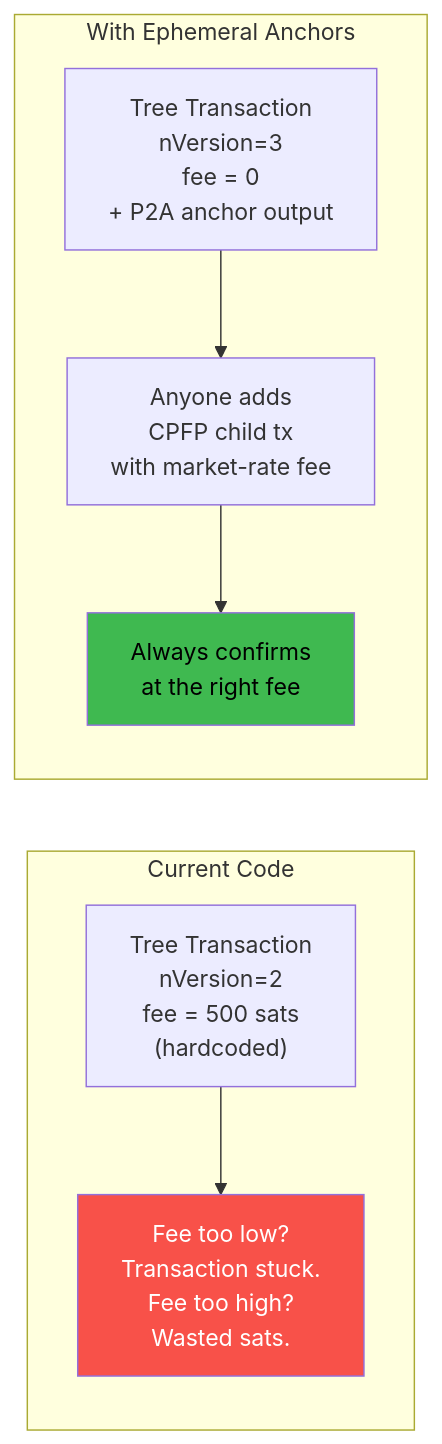
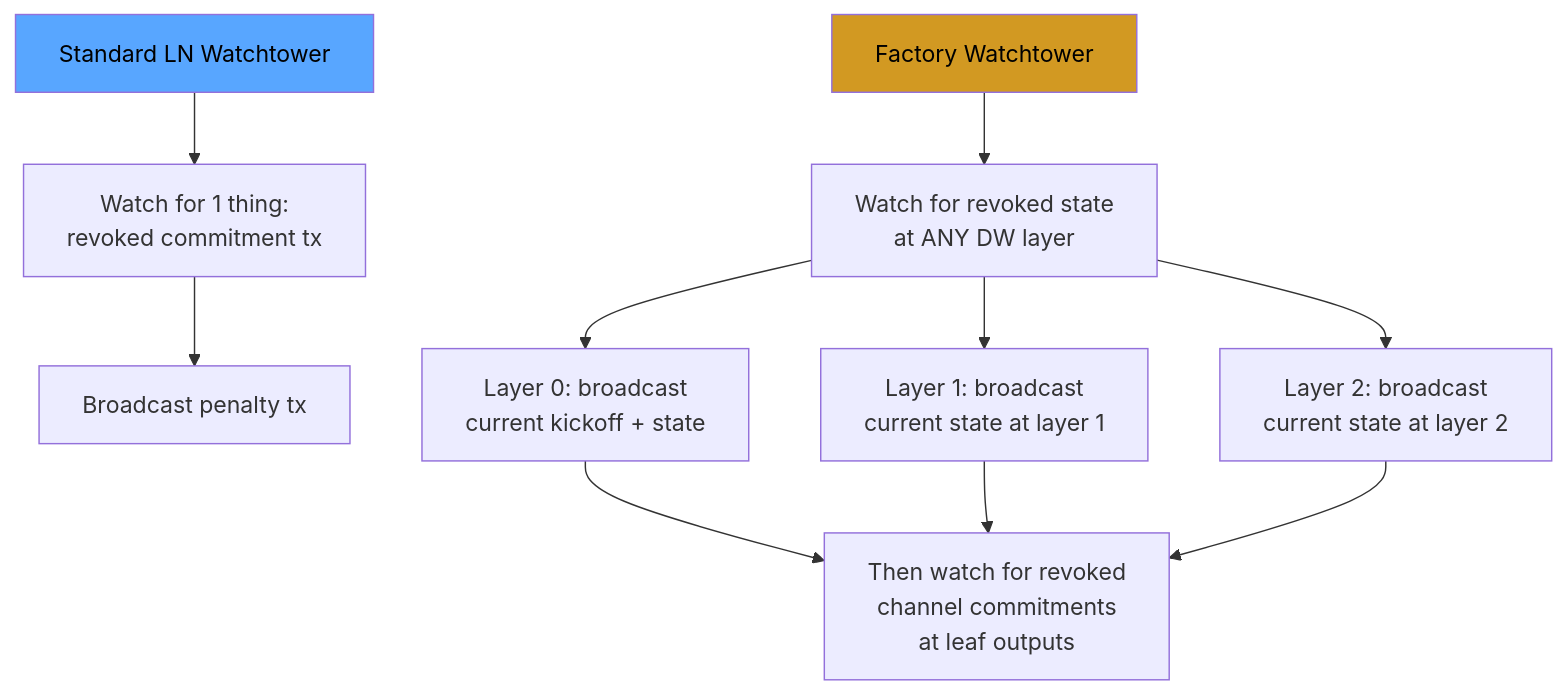
One commit to 8144225309/superscalar-docs changed the fourth of 5 diagrams in research/research-horizon.md. Above: the diagram before and after it, drawn with Mermaid. The commit also changed other lines of this file and 3 other files, not shown here.

First line of the commit message:
Fix Mermaid rendering bug, restructure research section

````diff
--- a/research/research-horizon.md
+++ b/research/research-horizon.md
@@ -86,14 +149,16 @@
 ```mermaid
-graph LR
-    subgraph "Current Code"
-        TX1["Tree Transaction<br/>nVersion=2<br/>fee = 500 sats<br/>(hardcoded)"] --> Q1["Fee too low?<br/>Transaction stuck.<br/>Fee too high?<br/>Wasted sats."]
-    end
+graph TD
+    W1["Standard LN Watchtower"] --> R1["Watch for 1 thing:<br/>revoked commitment tx"]
+    R1 --> P1["Broadcast penalty tx"]
 
-    subgraph "With Ephemeral Anchors"
-        TX2["Tree Transaction<br/>nVersion=3<br/>fee = 0<br/>+ P2A anchor output"] --> CPFP["Anyone adds<br/>CPFP child tx<br/>with market-rate fee"]
-        CPFP --> Q2["Always confirms<br/>at the right fee"]
-    end
+    W2["Factory Watchtower"] --> R2["Watch for revoked state<br/>at ANY DW layer"]
+    R2 --> L1["Layer 0: broadcast<br/>current kickoff + state"]
+    R2 --> L2["Layer 1: broadcast<br/>current state at layer 1"]
+    R2 --> L3["Layer 2: broadcast<br/>current state at layer 2"]
+    L1 --> CH["Then watch for revoked<br/>channel commitments<br/>at leaf outputs"]
+    L2 --> CH
+    L3 --> CH
 
-    style Q1 fill:#f85149,color:#fff
-    style Q2 fill:#3fb950,color:#000
+    style W1 fill:#58a6ff,color:#000
+    style W2 fill:#d29922,color:#000
 ```
````
